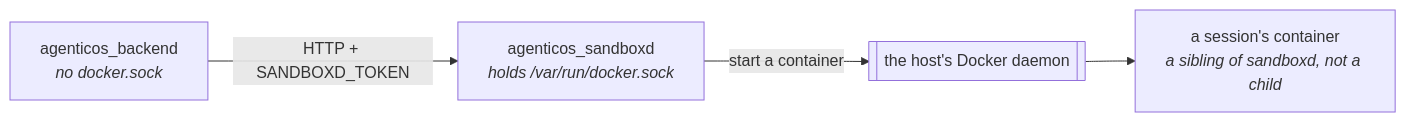
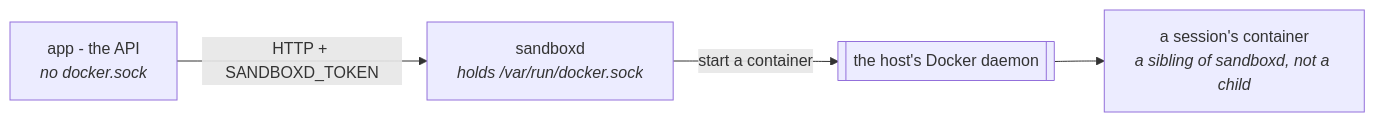
Before and after one commit to vstorm-co/agenticos: the diagram in docs/sandbox.md, drawn with Mermaid. The commit also changed 9 other files, not shown here.

````diff
--- a/docs/sandbox.md
+++ b/docs/sandbox.md
@@ -24,6 +24,6 @@
 ```mermaid
 flowchart LR
-    B["agenticos_backend<br/><i>no docker.sock</i>"] -->|HTTP + SANDBOXD_TOKEN| S["agenticos_sandboxd<br/><i>holds /var/run/docker.sock</i>"]
+    B["app - the API<br/><i>no docker.sock</i>"] -->|HTTP + SANDBOXD_TOKEN| S["sandboxd<br/><i>holds /var/run/docker.sock</i>"]
     S -->|start a container| D[["the host's Docker daemon"]]
     D --> C["a session's container<br/><i>a sibling of sandboxd, not a child</i>"]
 ```
````
